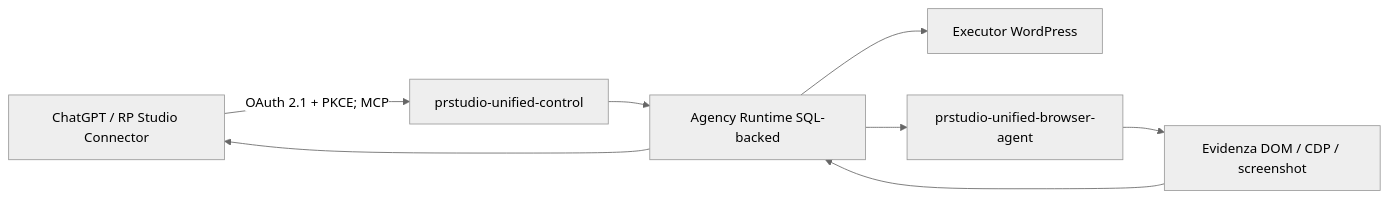
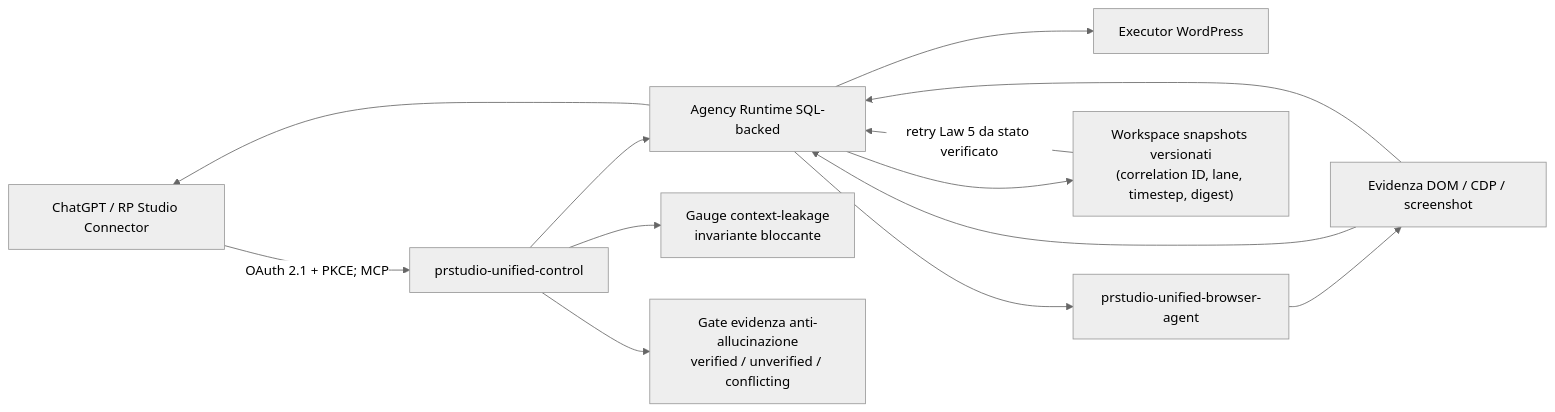
One commit to RpSystemAg/RpConnector changed the diagram in ARCHITECTURE-1.0.0.md. Above: the diagram before and after it, drawn with Mermaid (neutral theme). The commit also changed other lines of this file and 51 other files, not shown here.

````diff
--- a/ARCHITECTURE-1.0.0.md
+++ b/ARCHITECTURE-1.0.0.md
@@ -6,10 +6,15 @@
 ```mermaid
 flowchart LR
   C["ChatGPT / RP Studio Connector"] -->|"OAuth 2.1 + PKCE; MCP"| W["prstudio-unified-control"]
   W --> R["Agency Runtime SQL-backed"]
   R --> X["Executor WordPress"]
   R --> B["prstudio-unified-browser-agent"]
   B --> E["Evidenza DOM / CDP / screenshot"]
   E --> R
+  R --> S["Workspace snapshots versionati<br/>(correlation ID, lane, timestep, digest)"]
+  S -->|"retry Law 5 da stato verificato"| R
+  W --> G["Gauge context-leakage<br/>invariante bloccante"]
+  W --> H["Gate evidenza anti-allucinazione<br/>verified / unverified / conflicting"]
+  E --> R
   R --> C
 ```
````
